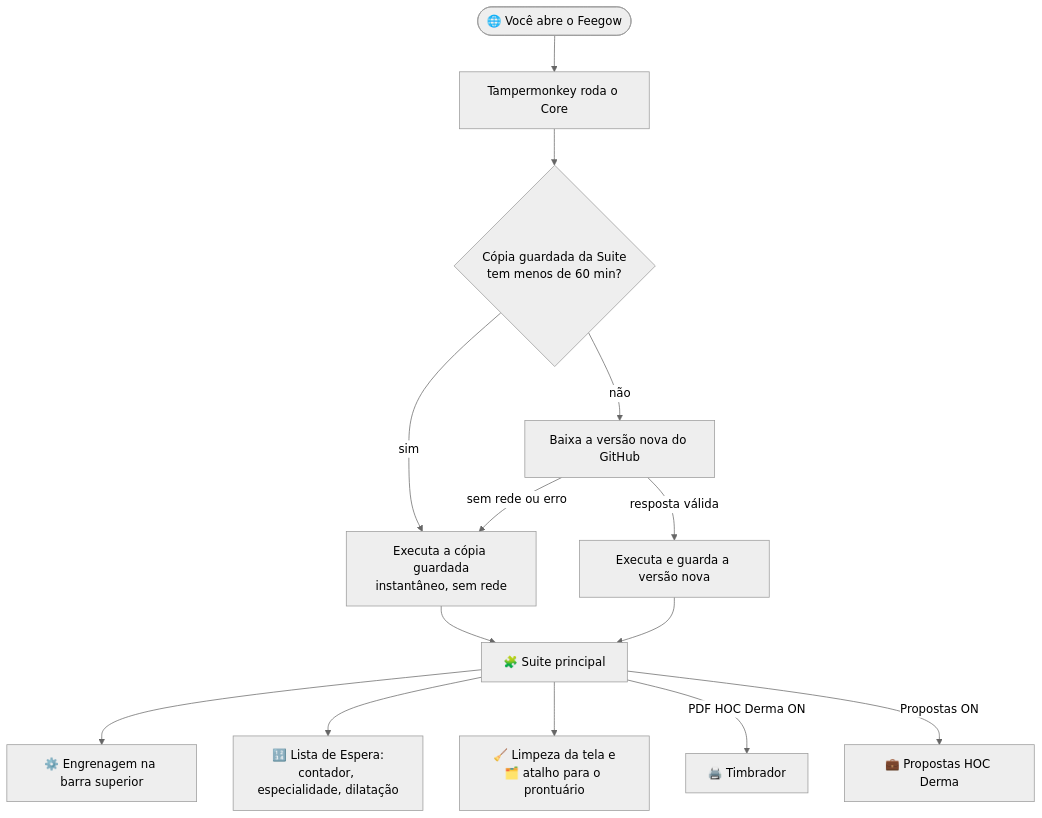
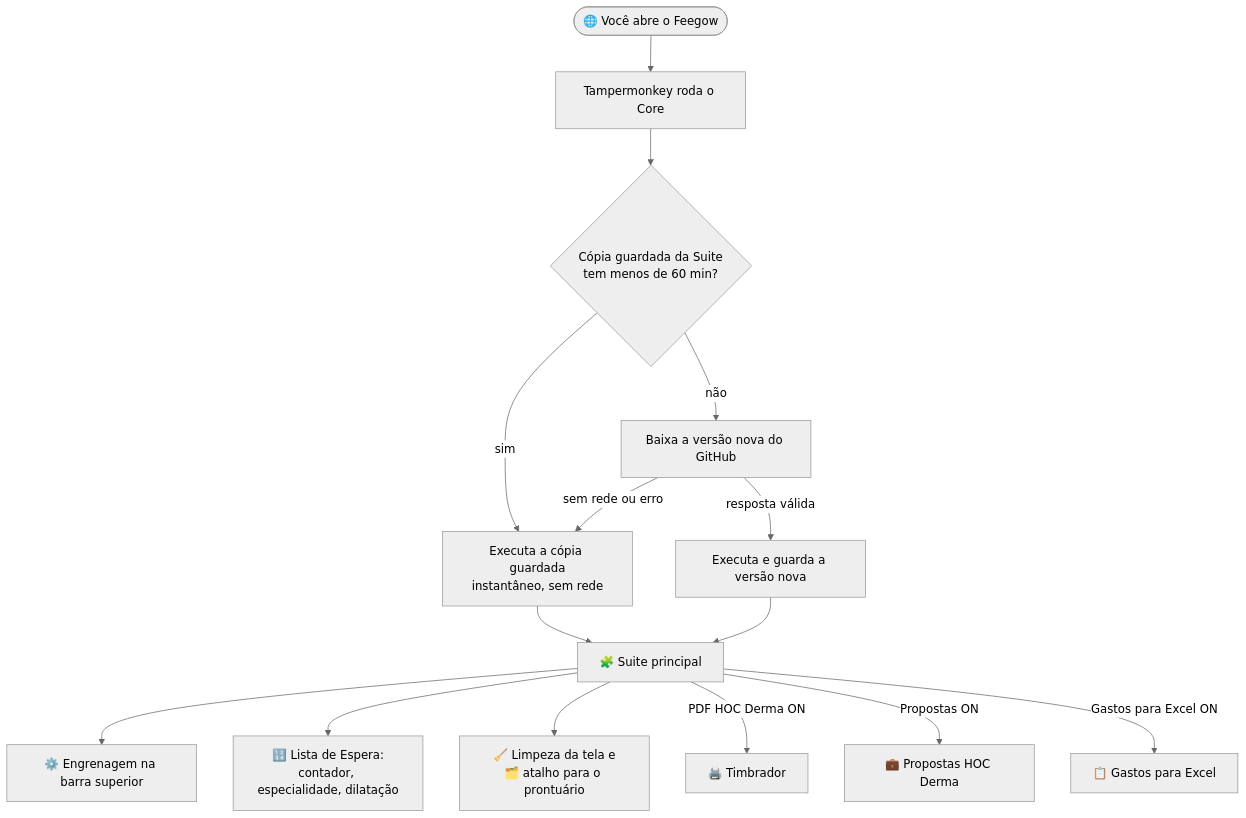
The diagram in README.md (Nicker2/Feegow-Enhanced-Suite), drawn with Mermaid (neutral theme) before and after one commit. The commit also changed other lines of this file and 11 other files, not shown here.

Commit message:
Core 1.1.2.0 / Suite 4.9.6.0 / Gastos para Excel 1.1.0: Gastos para Excel carregado pela Suite (item na engrenagem, ON por padrão); avulso e Core juntos não duplicam; Core novo baixa a Suite na hora

````diff
--- a/README.md
+++ b/README.md
@@ -92,16 +92,17 @@
 ```mermaid
 flowchart TD
     A([🌐 Você abre o Feegow]) --> B[Tampermonkey roda o Core]
     B --> C{Cópia guardada da Suite<br/>tem menos de 60 min?}
     C -->|sim| E[Executa a cópia guardada<br/>instantâneo, sem rede]
     C -->|não| D[Baixa a versão nova do GitHub]
     D -->|resposta válida| E2[Executa e guarda a versão nova]
     D -->|sem rede ou erro| E
     E --> S[🧩 Suite principal]
     E2 --> S
     S --> G[⚙️ Engrenagem na barra superior]
     S --> L[🔢 Lista de Espera:<br/>contador, especialidade, dilatação]
     S --> K[🧹 Limpeza da tela e<br/>🗂️ atalho para o prontuário]
     S -->|PDF HOC Derma ON| T[🖨️ Timbrador]
     S -->|Propostas ON| P[💼 Propostas HOC Derma]
+    S -->|Gastos para Excel ON| X[📋 Gastos para Excel]
 ```
````
